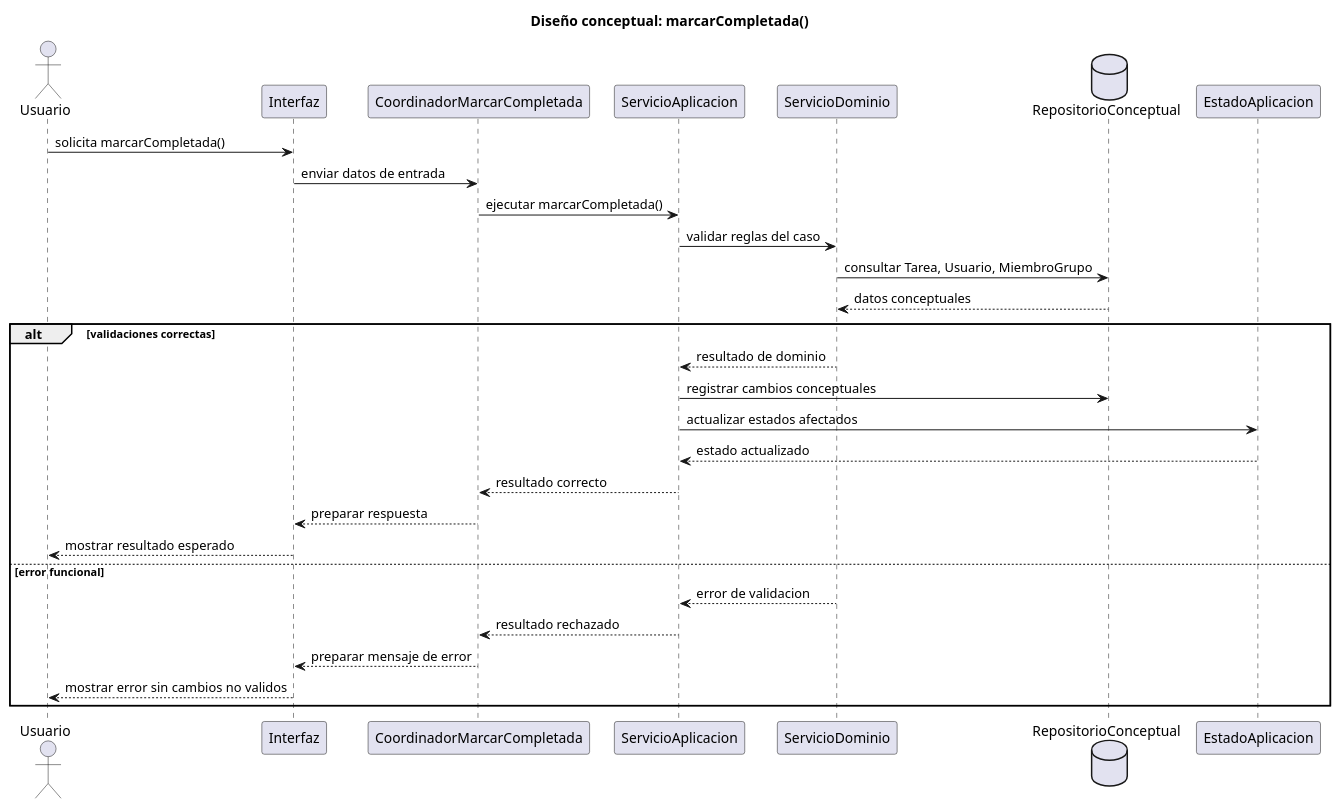
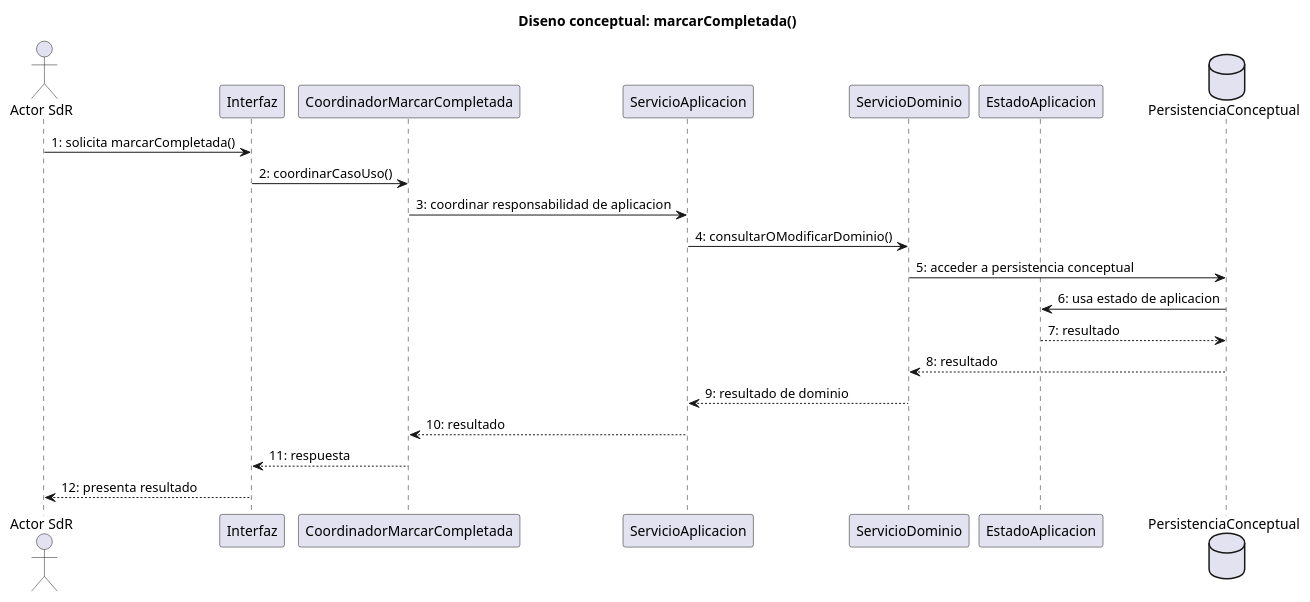
One commit to inigovaqueroo04/25-26-idsw2-sdVC changed the diagram in documents/RUP/02-diseño/casos-uso/gestion-tareas/marcarCompletada/README.md. Above: the diagram before and after it, drawn with PlantUML. The commit also changed other lines of this file and 24 other files, not shown here.

Commit message:
docs: validar trazabilidad integral de diseno

````diff
--- a/documents/RUP/02-diseño/casos-uso/gestion-tareas/marcarCompletada/README.md
+++ b/documents/RUP/02-diseño/casos-uso/gestion-tareas/marcarCompletada/README.md
@@ -86,36 +85,27 @@
 ```plantuml
 @startuml marcarCompletada-diseno-secuencia
-title Diseño conceptual: marcarCompletada()
+title Diseno conceptual: marcarCompletada()
 
-actor "Usuario" as Usuario
+actor "Actor SdR" as Actor
 participant "Interfaz" as Interfaz
 participant "CoordinadorMarcarCompletada" as Coordinador
 participant "ServicioAplicacion" as ServicioAplicacion
 participant "ServicioDominio" as ServicioDominio
-database "RepositorioConceptual" as Repositorio
 participant "EstadoAplicacion" as EstadoAplicacion
+database "PersistenciaConceptual" as Persistencia
 
-Usuario -> Interfaz : solicita marcarCompletada()
-Interfaz -> Coordinador : enviar datos de entrada
-Coordinador -> ServicioAplicacion : ejecutar marcarCompletada()
-ServicioAplicacion -> ServicioDominio : validar reglas del caso
-ServicioDominio -> Repositorio : consultar Tarea, Usuario, MiembroGrupo
-Repositorio --> ServicioDominio : datos conceptuales
-
-alt validaciones correctas
-  ServicioDominio --> ServicioAplicacion : resultado de dominio
-  ServicioAplicacion -> Repositorio : registrar cambios conceptuales
-  ServicioAplicacion -> EstadoAplicacion : actualizar estados afectados
-  EstadoAplicacion --> ServicioAplicacion : estado actualizado
-  ServicioAplicacion --> Coordinador : resultado correcto
-  Coordinador --> Interfaz : preparar respuesta
-  Interfaz --> Usuario : mostrar resultado esperado
-else error funcional
-  ServicioDominio --> ServicioAplicacion : error de validacion
-  ServicioAplicacion --> Coordinador : resultado rechazado
-  Coordinador --> Interfaz : preparar mensaje de error
-  Interfaz --> Usuario : mostrar error sin cambios no validos
-end
+Actor -> Interfaz : 1: solicita marcarCompletada()
+Interfaz -> Coordinador : 2: coordinarCasoUso()
+Coordinador -> ServicioAplicacion : 3: coordinar responsabilidad de aplicacion
+ServicioAplicacion -> ServicioDominio : 4: consultarOModificarDominio()
+ServicioDominio -> Persistencia : 5: acceder a persistencia conceptual
+Persistencia -> EstadoAplicacion : 6: usa estado de aplicacion
+EstadoAplicacion --> Persistencia : 7: resultado
+Persistencia --> ServicioDominio : 8: resultado
+ServicioDominio --> ServicioAplicacion : 9: resultado de dominio
+ServicioAplicacion --> Coordinador : 10: resultado
+Coordinador --> Interfaz : 11: respuesta
+Interfaz --> Actor : 12: presenta resultado
 
 @enduml
 ```
````
